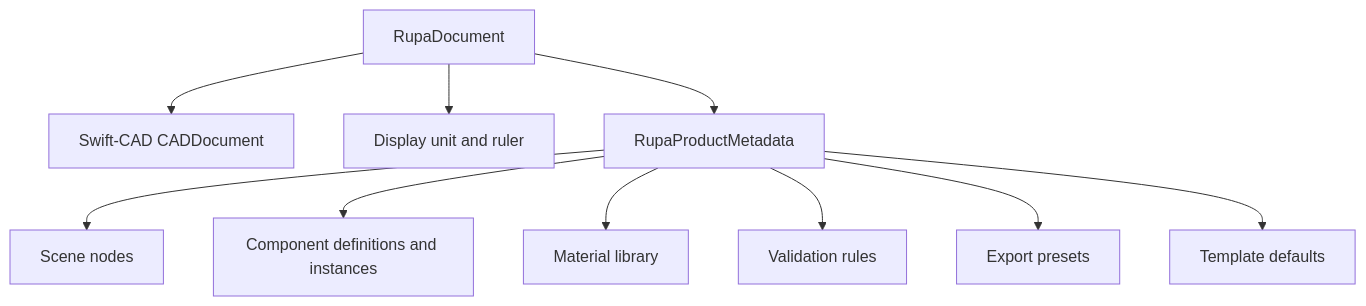
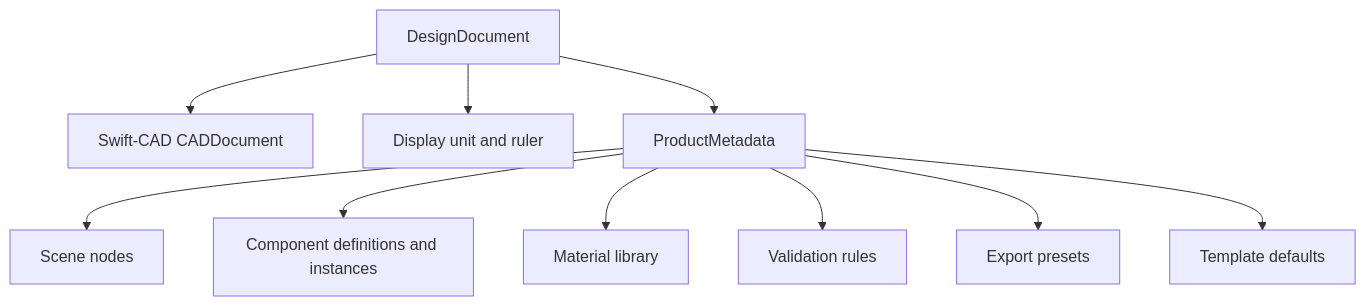
The fourth of 20 diagrams in Rupa/SPEC.md (1amageek/Rupa), drawn with Mermaid before and after one commit. The commit also changed other lines of this file and 153 other files, not shown here.

````diff
--- a/Rupa/SPEC.md
+++ b/Rupa/SPEC.md
@@ -309,12 +309,12 @@
 ```mermaid
 flowchart TD
-    RupaDocument["RupaDocument"] --> CAD["Swift-CAD CADDocument"]
-    RupaDocument --> Settings["Display unit and ruler"]
-    RupaDocument --> Metadata["RupaProductMetadata"]
+    DesignDocument["DesignDocument"] --> CAD["Swift-CAD CADDocument"]
+    DesignDocument --> Settings["Display unit and ruler"]
+    DesignDocument --> Metadata["ProductMetadata"]
     Metadata --> Scene["Scene nodes"]
     Metadata --> Components["Component definitions and instances"]
     Metadata --> Materials["Material library"]
     Metadata --> Validation["Validation rules"]
     Metadata --> Exports["Export presets"]
     Metadata --> Templates["Template defaults"]
 ```
````
